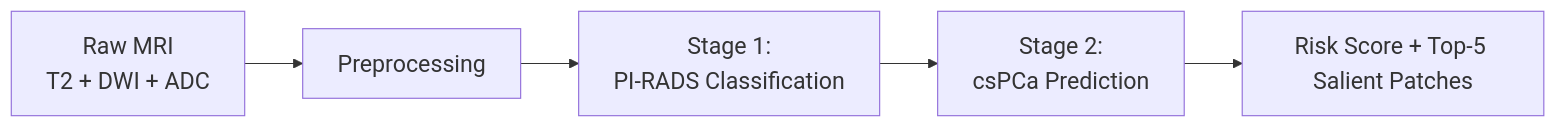
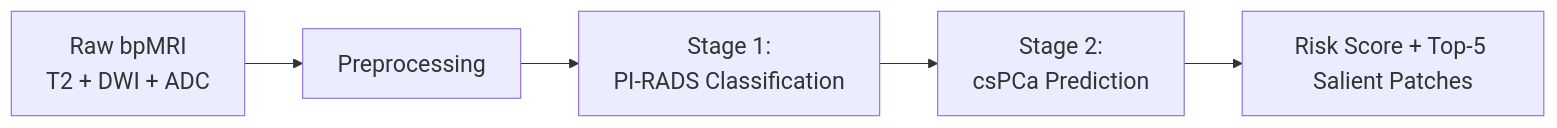
The diagram in docs/index.md (anirudhbalaraman/WSAttention-Prostate), drawn with Mermaid before and after one commit.

````diff
--- a/docs/index.md
+++ b/docs/index.md
@@ -21,8 +21,8 @@
 ```mermaid
 %%{init: {'themeVariables': { 'fontSize': '20px' }}}%%
 flowchart LR
-    A[Raw MRI</br>T2 + DWI + ADC] --> B[Preprocessing]
+    A[Raw bpMRI</br>T2 + DWI + ADC] --> B[Preprocessing]
     B --> C[Stage 1:</br>PI-RADS Classification]
     C --> D[Stage 2:</br>csPCa Prediction]
     D --> E[Risk Score + Top-5 Salient Patches]
 ```
````
